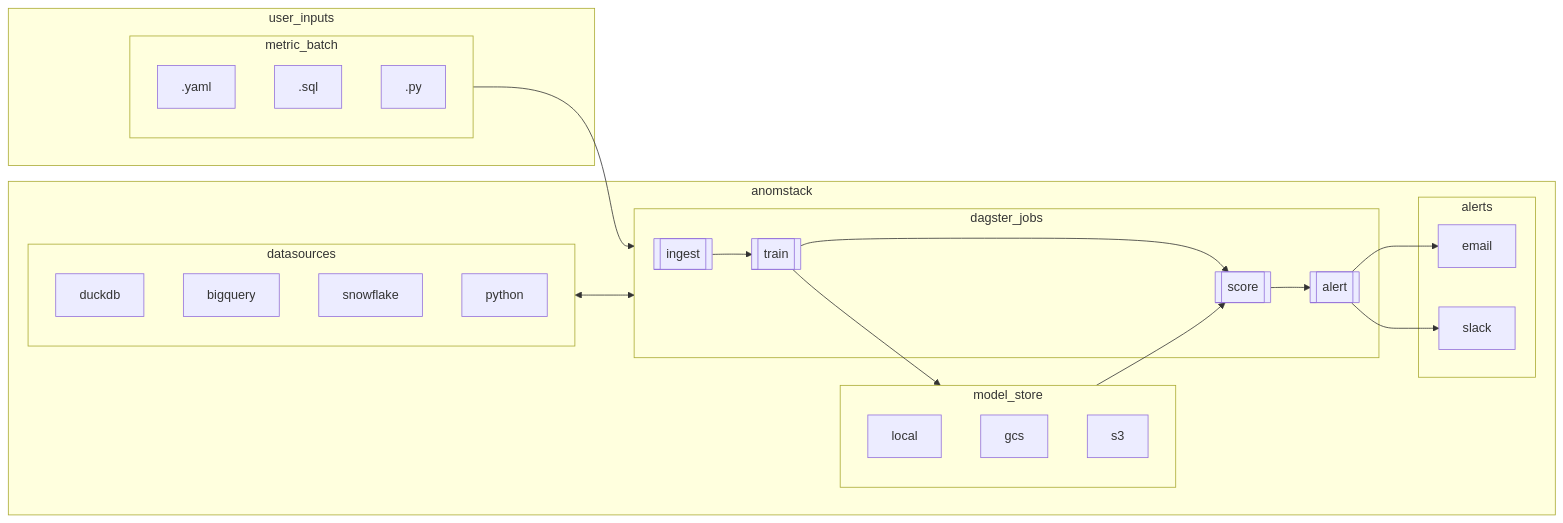
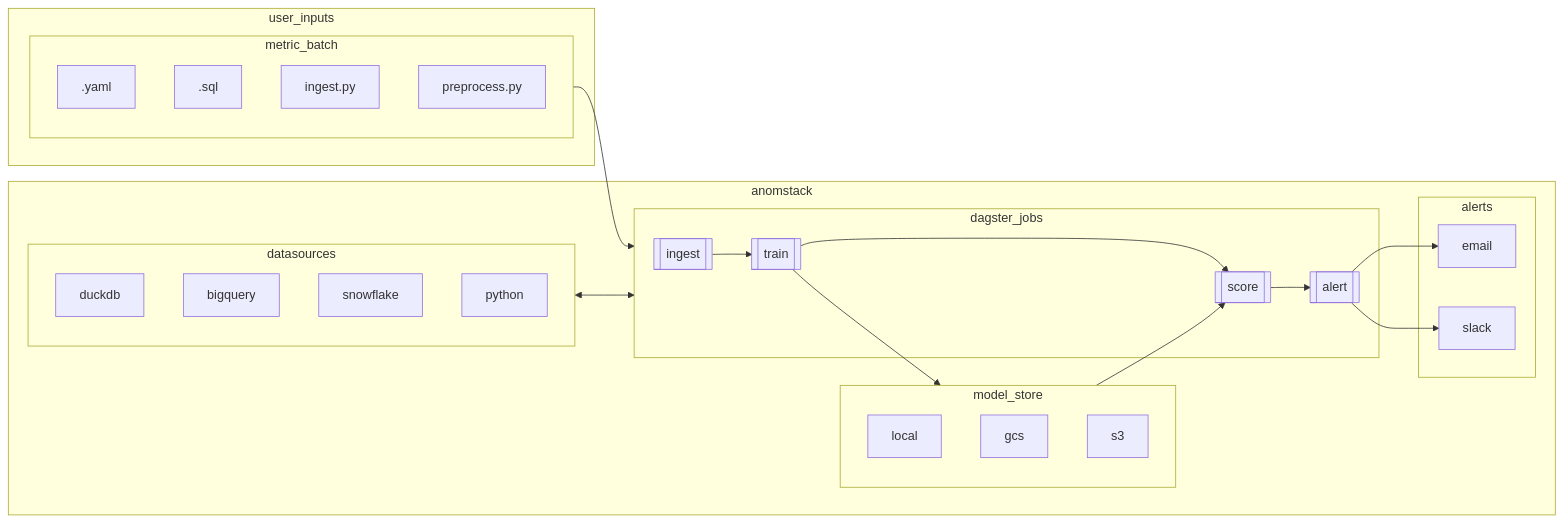
Before and after one commit to andrewm4894/anomstack: the diagram in docs/architecture.md, drawn with Mermaid. The commit also changed 7 other files, not shown here.

````diff
--- a/docs/architecture.md
+++ b/docs/architecture.md
@@ -2,67 +2,69 @@
 ```mermaid
 flowchart LR;
 
-    metric_batch_config[config]
-    metric_batch_sql[sql]
-    metric_batch_py[py]
+    metric_batch_config[".yaml"]
+    metric_batch_sql[".sql"]
+    metric_batch_ingest_py["ingest.py"]
+    metric_batch_preprocess_py["preprocess.py"]
     ingest[[ingest]]
     train[[train]]
     score[[score]]
     alert[[alert]]
 
     subgraph metric_batch
-    metric_batch_config[".yaml"]
-    metric_batch_sql[".sql"]
-    metric_batch_py[".py"]
+    metric_batch_config
+    metric_batch_sql
+    metric_batch_ingest_py
+    metric_batch_preprocess_py
     end
 
     subgraph dagster_jobs
     ingest
     train
     score
     alert
     end
 
     subgraph alerts
     email
     slack
     end
 
     subgraph datasources
     duckdb
     bigquery
     snowflake
     python
     end
 
     subgraph user_inputs
     metric_batch
     end
 
     subgraph anomstack
     dagster_jobs
     datasources
     model_store
     alerts
     end
 
     subgraph model_store
     local
     gcs
     s3
     end
 
     ingest --> train
     train --> score
     score --> alert
 
     metric_batch --> dagster_jobs
 
     alert --> email
     alert --> slack
 
     datasources <--> dagster_jobs
     train --> model_store
     model_store --> score
 
 ```
````
